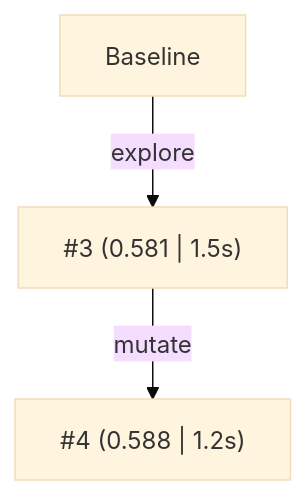
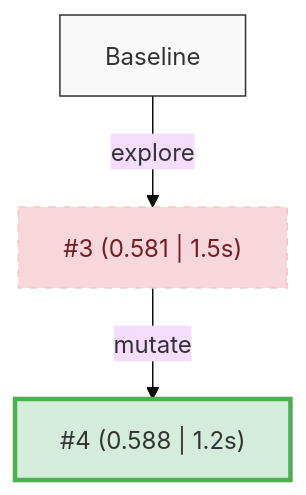
One commit to kaiwong-sapiens/gh-evolve changed the second of 2 diagrams in skills/evolve/SKILL.md. Above: the diagram before and after it, drawn with Mermaid (base theme). The commit also changed other lines of this file, not shown here.

Commit message:
feat: instruct agent to color-code search graph nodes (champion vs pruned) using Mermaid classDef

````diff
--- a/skills/evolve/SKILL.md
+++ b/skills/evolve/SKILL.md
@@ -245,8 +245,12 @@
 ```mermaid
 graph TD
   Baseline["Baseline"]
-  PR3["#3 (0.581 | 1.5s)"]
-  PR4["#4 (0.588 | 1.2s)"]
+  PR3["#3 (0.581 | 1.5s)"]:::pruned
+  PR4["#4 (0.588 | 1.2s)"]:::champion
   Baseline -- explore --> PR3
   PR3 -- mutate --> PR4
+
+  classDef default fill:#f9f9f9,stroke:#333,stroke-width:1px;
+  classDef champion fill:#d4edda,stroke:#4caf50,stroke-width:3px;
+  classDef pruned fill:#f8d7da,stroke:#f5c6cb,stroke-width:1px,color:#721c24,stroke-dasharray: 5 5;
 ```
````
